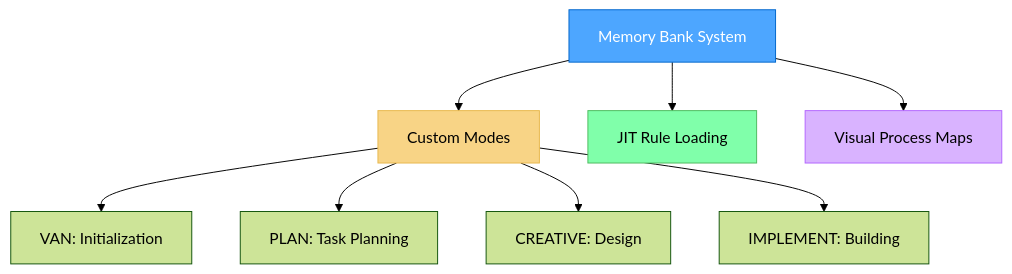
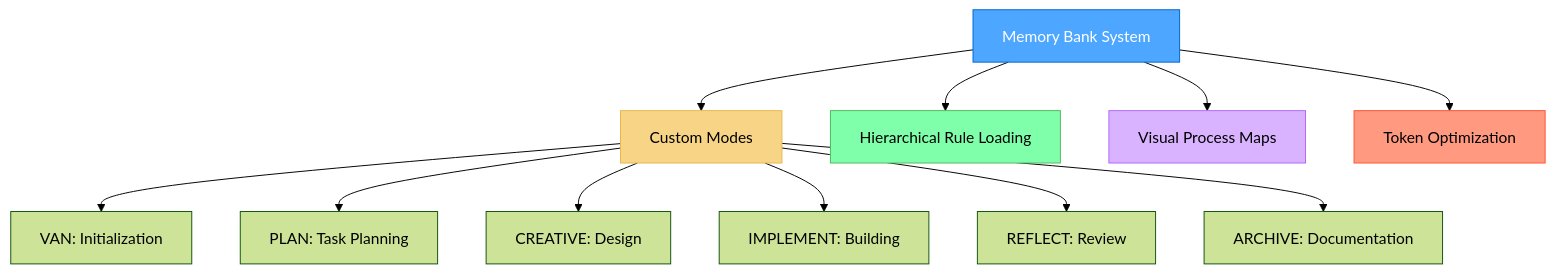
One commit to yws-coder123/trae-memory-bank changed the first of 2 diagrams in README.md. Above: the diagram before and after it, drawn with Mermaid (forest theme). The commit also changed other lines of this file and 30 other files, not shown here.

````diff
--- a/README.md
+++ b/README.md
@@ -5,16 +5,20 @@
 ```mermaid
 graph TD
     Main["Memory Bank System"] --> Modes["Custom Modes"]
-    Main --> Rules["JIT Rule Loading"]
+    Main --> Rules["Hierarchical Rule Loading"]
     Main --> Visual["Visual Process Maps"]
+    Main --> Token["Token Optimization"]
     
     Modes --> VAN["VAN: Initialization"]
     Modes --> PLAN["PLAN: Task Planning"]
     Modes --> CREATIVE["CREATIVE: Design"]
     Modes --> IMPLEMENT["IMPLEMENT: Building"]
+    Modes --> REFLECT["REFLECT: Review"]
+    Modes --> ARCHIVE["ARCHIVE: Documentation"]
     
     style Main fill:#4da6ff,stroke:#0066cc,color:white
     style Modes fill:#f8d486,stroke:#e8b84d
     style Rules fill:#80ffaa,stroke:#4dbb5f
     style Visual fill:#d9b3ff,stroke:#b366ff
+    style Token fill:#ff9980,stroke:#ff5533
 ```
````
